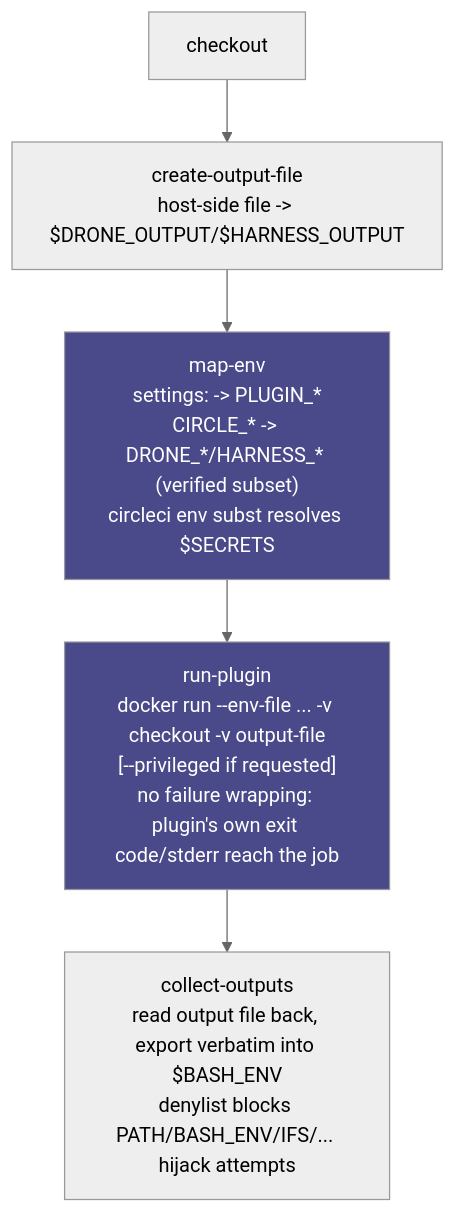
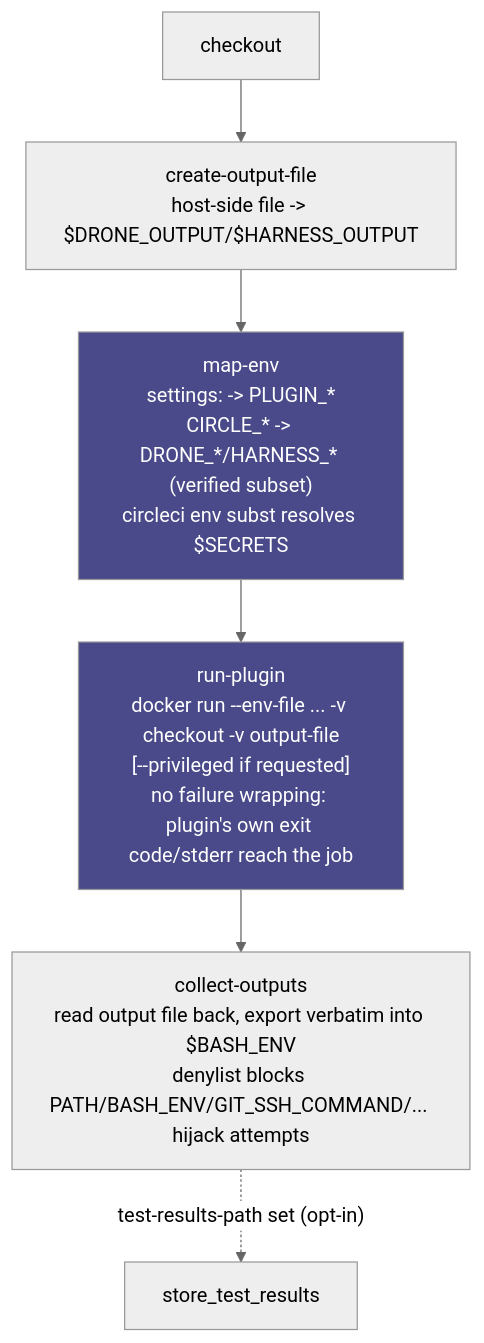
One commit to CircleCI-Labs/harness-orb changed the diagram in README.md. Above: the diagram before and after it, drawn with Mermaid (neutral theme). The commit also changed other lines of this file and 7 other files, not shown here.

````diff
--- a/README.md
+++ b/README.md
@@ -36,10 +36,11 @@
 ```mermaid
 flowchart TD
     A[checkout] --> B["create-output-file<br/>host-side file -&gt; $DRONE_OUTPUT/$HARNESS_OUTPUT"]
     B --> C["map-env<br/>settings: -&gt; PLUGIN_*<br/>CIRCLE_* -&gt; DRONE_*/HARNESS_* (verified subset)<br/>circleci env subst resolves $SECRETS"]
     C --> D["run-plugin<br/>docker run --env-file ... -v checkout -v output-file<br/>[--privileged if requested]<br/>no failure wrapping: plugin's own exit code/stderr reach the job"]
-    D --> E["collect-outputs<br/>read output file back, export verbatim into $BASH_ENV<br/>denylist blocks PATH/BASH_ENV/IFS/... hijack attempts"]
+    D --> E["collect-outputs<br/>read output file back, export verbatim into $BASH_ENV<br/>denylist blocks PATH/BASH_ENV/GIT_SSH_COMMAND/... hijack attempts"]
+    E -.->|"test-results-path set (opt-in)"| F["store_test_results"]
 
     style C fill:#4a4a8a,color:#fff
     style D fill:#4a4a8a,color:#fff
 ```
````
